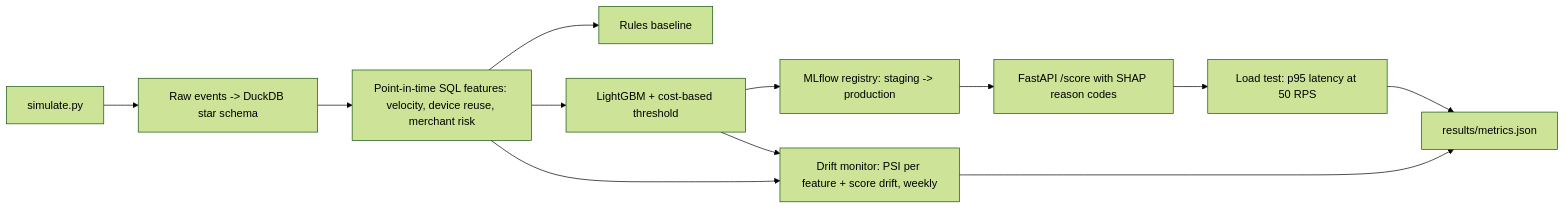
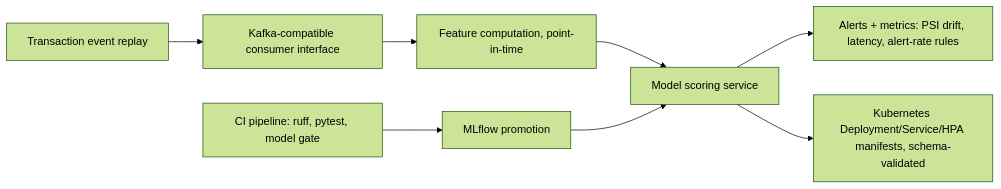
The diagram in SPEC.md (sudhir-77/fraud-mlops-cicd), drawn with Mermaid (forest theme) before and after one commit. The commit also changed other lines of this file and 11 other files, not shown here.

First line of the commit message:
Run the stream, promotion gate, and manifest checks from the fraud scoring pipeline.

````diff
--- a/SPEC.md
+++ b/SPEC.md
@@ -26,12 +24,10 @@
 ```mermaid
 flowchart LR
-  A[simulate.py] --> B[Raw events -> DuckDB star schema]
-  B --> C[Point-in-time SQL features: velocity, device reuse, merchant risk]
-  C --> D[Rules baseline]
-  C --> E[LightGBM + cost-based threshold]
-  E --> F[MLflow registry: staging -> production]
-  F --> G[FastAPI /score with SHAP reason codes]
-  G --> H[Load test: p95 latency at 50 RPS]
-  C & E --> I[Drift monitor: PSI per feature + score drift, weekly]
-  H & I --> J[results/metrics.json]
+  A[Transaction event replay] --> B[Kafka-compatible consumer interface]
+  B --> C[Feature computation, point-in-time]
+  C --> D[Model scoring service]
+  D --> E[Alerts + metrics: PSI drift, latency, alert-rate rules]
+  F[CI pipeline: ruff, pytest, model gate] --> G[MLflow promotion]
+  G --> D
+  D --> H[Kubernetes Deployment/Service/HPA manifests, schema-validated]
 ```
````
